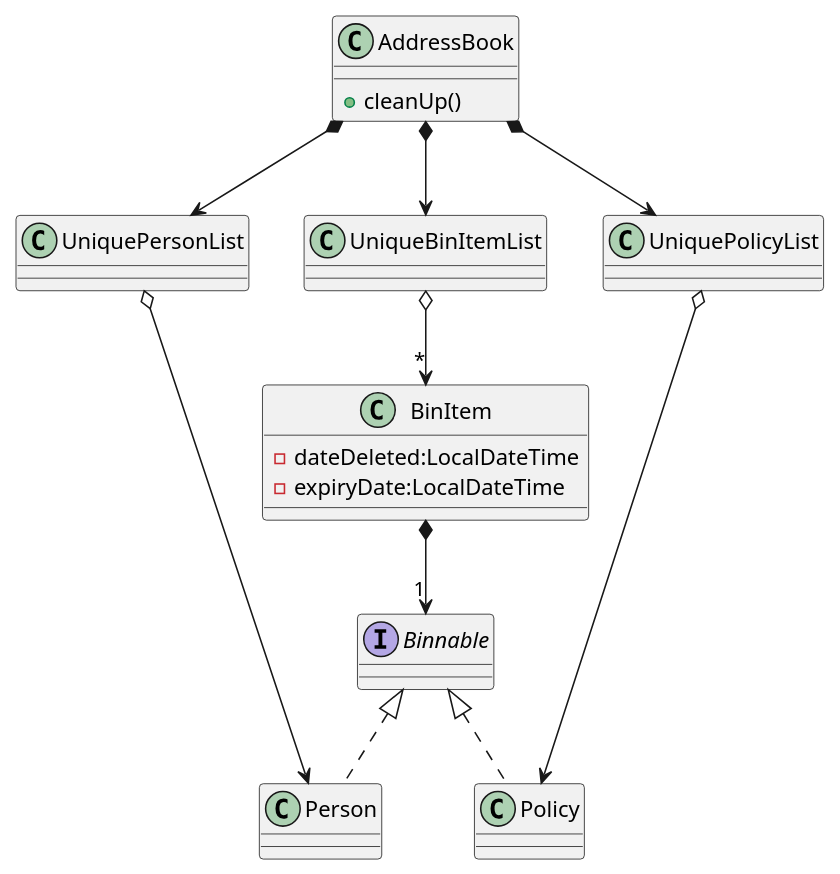
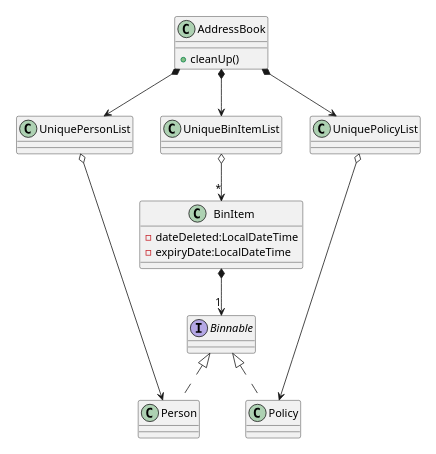
Before and after one commit to nus-cs2103-AY1920S1/addressbook-level3: the diagram in docs/diagrams/BinClassDiagram.puml, drawn with PlantUML. The commit also changed 8 other files, not shown here.

Commit message:
Add bin feature to diagrams

```diff
--- a/docs/diagrams/BinClassDiagram.puml
+++ b/docs/diagrams/BinClassDiagram.puml
@@ -1,34 +1,35 @@
 @startuml
 
+scale 0.5
 interface Binnable
 
 class AddressBook
 class BinItem
 class UniqueBinItemList
 class Person
 class Policy
 
 AddressBook *--> UniquePersonList
 AddressBook *--> UniquePolicyList
 AddressBook *--> UniqueBinItemList
 
 UniqueBinItemList o--> "*" BinItem
 
 BinItem *--> "1" Binnable
 
 Binnable <|.. Person
 Binnable <|.. Policy
 
 UniquePersonList o----> Person
 UniquePolicyList o----> Policy
 
 class AddressBook {
 +cleanUp()
 }
 
 class BinItem {
 -dateDeleted:LocalDateTime
 -expiryDate:LocalDateTime
 }
 
 @enduml
```
